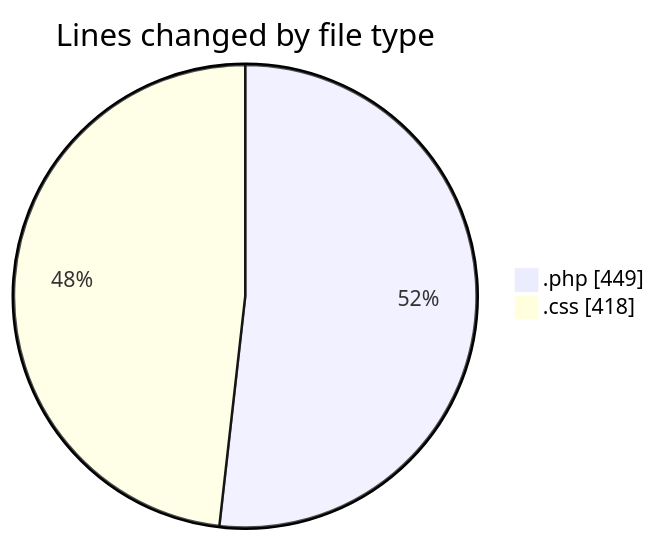
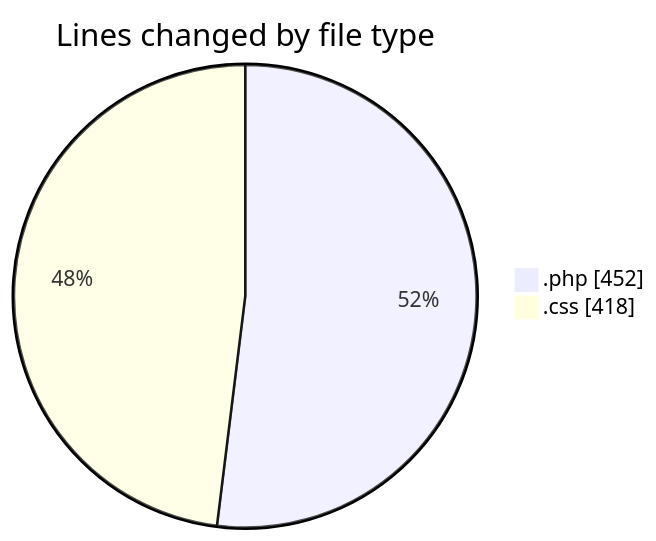
One commit to LanceThiago/code-tracking changed the first of 2 diagrams in 2025-04-22/web/README.md. Above: the diagram before and after it, drawn with Mermaid. The commit also changed other lines of this file and 1 other file, not shown here.

````diff
--- a/2025-04-22/web/README.md
+++ b/2025-04-22/web/README.md
@@ -24,6 +24,6 @@
 ```mermaid
 pie showData
 title Lines changed by file type
-".php" : 449
+".php" : 452
 ".css" : 418
 ```
````
